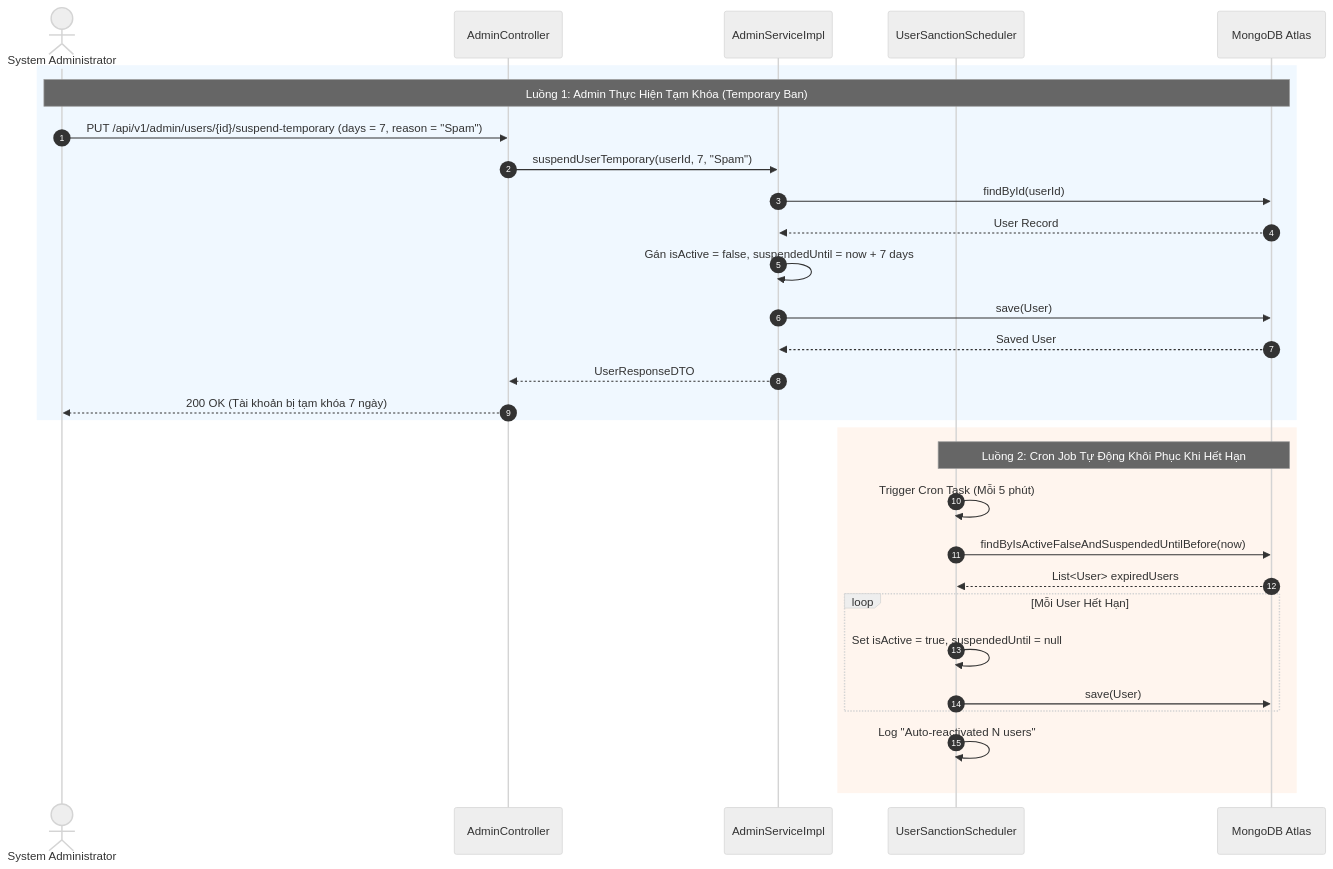
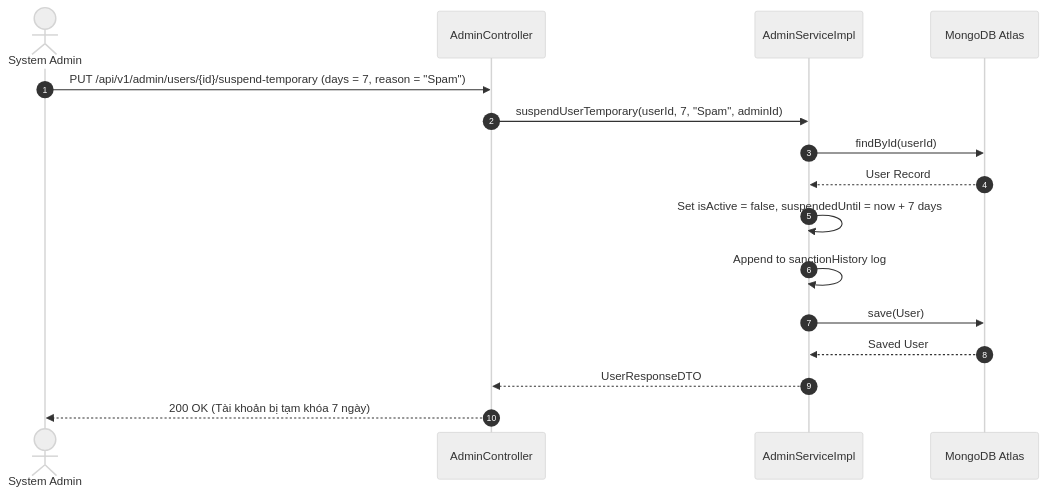
The sixth of 18 diagrams in docs/use-cases/UC-09-admin-dashboard.md (The-MC-Hub/MC_Voice_Training_Backend), drawn with Mermaid (neutral theme) before and after one commit. The commit also changed other lines of this file and 12 other files, not shown here.

Commit message:
docs(use-cases): fully expand all sub-use-cases across all 13 UC files with dedicated Class Diagrams, Sequence Diagrams, and Unit Tests

````diff
--- a/docs/use-cases/UC-09-admin-dashboard.md
+++ b/docs/use-cases/UC-09-admin-dashboard.md
@@ -64,34 +135,21 @@
 ```mermaid
 sequenceDiagram
     autonumber
-    actor Admin as System Administrator
+    actor Admin as System Admin
     participant Controller as AdminController
     participant Service as AdminServiceImpl
-    participant Scheduler as UserSanctionScheduler
     participant DB as MongoDB Atlas
 
-    rect rgb(240, 248, 255)
-        note over Admin, DB: Luồng 1: Admin Thực Hiện Tạm Khóa (Temporary Ban)
-        Admin->>Controller: PUT /api/v1/admin/users/{id}/suspend-temporary (days = 7, reason = "Spam")
-        Controller->>Service: suspendUserTemporary(userId, 7, "Spam")
-        Service->>DB: findById(userId)
-        DB-->>Service: User Record
-        Service->>Service: Gán isActive = false, suspendedUntil = now + 7 days
-        Service->>DB: save(User)
-        DB-->>Service: Saved User
-        Service-->>Controller: UserResponseDTO
-        Controller-->>Admin: 200 OK (Tài khoản bị tạm khóa 7 ngày)
-    end
-
-    rect rgb(255, 245, 238)
-        note over Scheduler, DB: Luồng 2: Cron Job Tự Động Khôi Phục Khi Hết Hạn
-        Scheduler->>Scheduler: Trigger Cron Task (Mỗi 5 phút)
-        Scheduler->>DB: findByIsActiveFalseAndSuspendedUntilBefore(now)
-        DB-->>Scheduler: List<User> expiredUsers
-        loop Mỗi User Hết Hạn
-            Scheduler->>Scheduler: Set isActive = true, suspendedUntil = null
-            Scheduler->>DB: save(User)
-        end
-        Scheduler->>Scheduler: Log "Auto-reactivated N users"
-    end
+    Admin->>Controller: PUT /api/v1/admin/users/{id}/suspend-temporary (days = 7, reason = "Spam")
+    Controller->>Service: suspendUserTemporary(userId, 7, "Spam", adminId)
+    Service->>DB: findById(userId)
+    DB-->>Service: User Record
+    
+    Service->>Service: Set isActive = false, suspendedUntil = now + 7 days
+    Service->>Service: Append to sanctionHistory log
+    Service->>DB: save(User)
+    DB-->>Service: Saved User
+    
+    Service-->>Controller: UserResponseDTO
+    Controller-->>Admin: 200 OK (Tài khoản bị tạm khóa 7 ngày)
 ```
````
